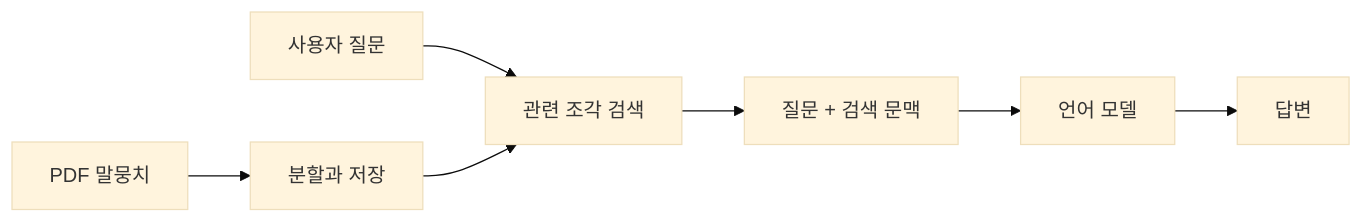
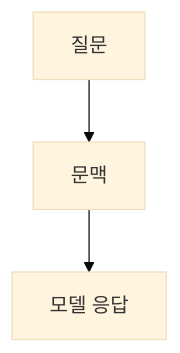
One commit to umyunsang/edu changed the diagram in ComputerScience/03_ai-ml-data/ml-projects/notes/01. LangChain 기반 RAG 챗봇.md. Above: the diagram before and after it, drawn with Mermaid (base theme). The commit also changed other lines of this file and 3 other files, not shown here.

````diff
--- a/ComputerScience/03_ai-ml-data/ml-projects/notes/01. LangChain 기반 RAG 챗봇.md
+++ b/ComputerScience/03_ai-ml-data/ml-projects/notes/01. LangChain 기반 RAG 챗봇.md
@@ -34,9 +19,5 @@
 ```mermaid
-flowchart LR
-    A[PDF 말뭉치] --> B[분할과 저장]
-    Q[사용자 질문] --> C[관련 조각 검색]
-    B --> C
-    C --> D[질문 + 검색 문맥]
-    D --> E[언어 모델]
-    E --> F[답변]
+flowchart TB
+    A[질문] --> B[문맥]
+    B --> C[모델 응답]
 ```
````
